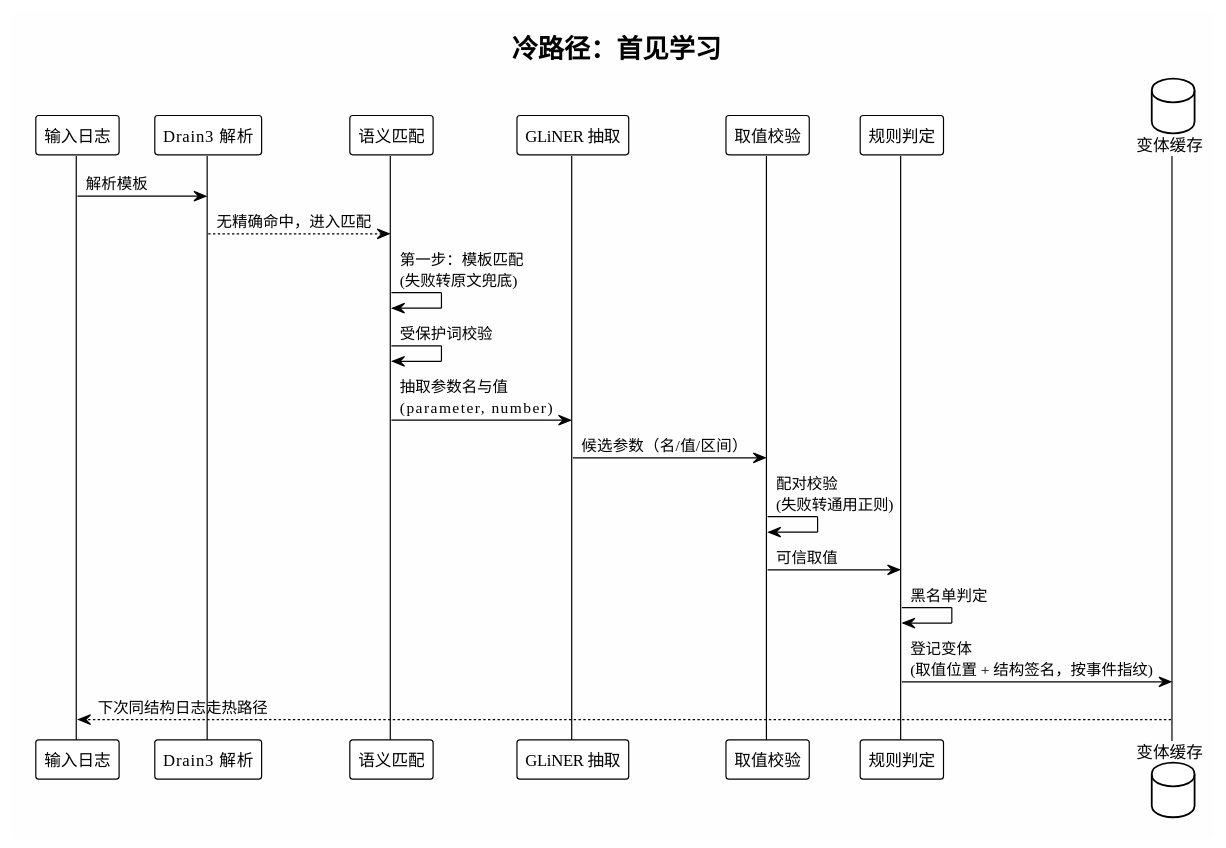
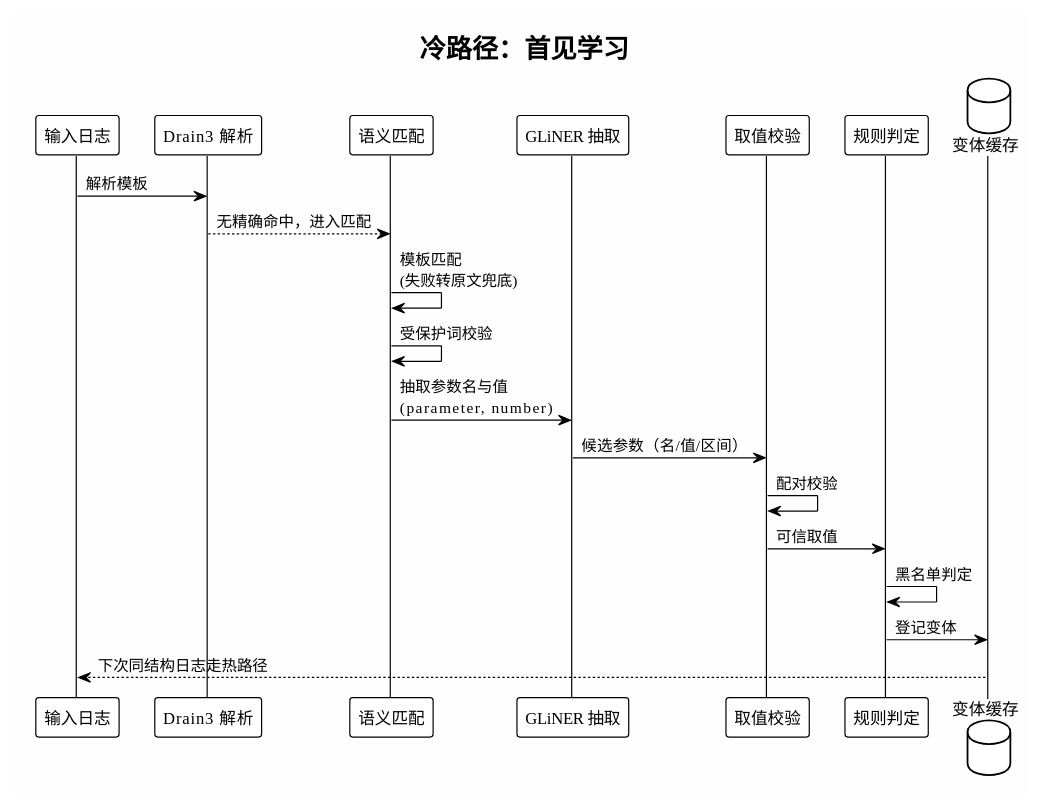
The sixth of 13 diagrams in LogNet3.0方案设计与实现文档.md (HouMonKy/TIG-PIPLUP), drawn with PlantUML before and after one commit. The commit also changed other lines of this file, not shown here.

````diff
--- a/LogNet3.0方案设计与实现文档.md
+++ b/LogNet3.0方案设计与实现文档.md
@@ -828,30 +501,30 @@
 ```plantuml
 @startuml Parameter_Cold_Sequence
 !theme plain
 skinparam backgroundColor #FEFEFE
 skinparam shadowing false
 
 title 冷路径：首见学习
 
 participant "输入日志" as Log
 participant "Drain3 解析" as Drain
 participant "语义匹配" as Match
 participant "GLiNER 抽取" as GLiNER
 participant "取值校验" as Guard
 participant "规则判定" as Rule
 database "变体缓存" as Store
 
 Log -> Drain: 解析模板
 Drain --> Match: 无精确命中，进入匹配
-Match -> Match: 第一步：模板匹配\n(失败转原文兜底)
+Match -> Match: 模板匹配\n(失败转原文兜底)
 Match -> Match: 受保护词校验
 Match -> GLiNER: 抽取参数名与值\n(parameter, number)
 GLiNER -> Guard: 候选参数（名/值/区间）
-Guard -> Guard: 配对校验\n(失败转通用正则)
+Guard -> Guard: 配对校验
 Guard -> Rule: 可信取值
 Rule -> Rule: 黑名单判定
-Rule -> Store: 登记变体\n(取值位置 + 结构签名，按事件指纹)
+Rule -> Store: 登记变体
 Store --> Log: 下次同结构日志走热路径
 
 @enduml
 ```
````
